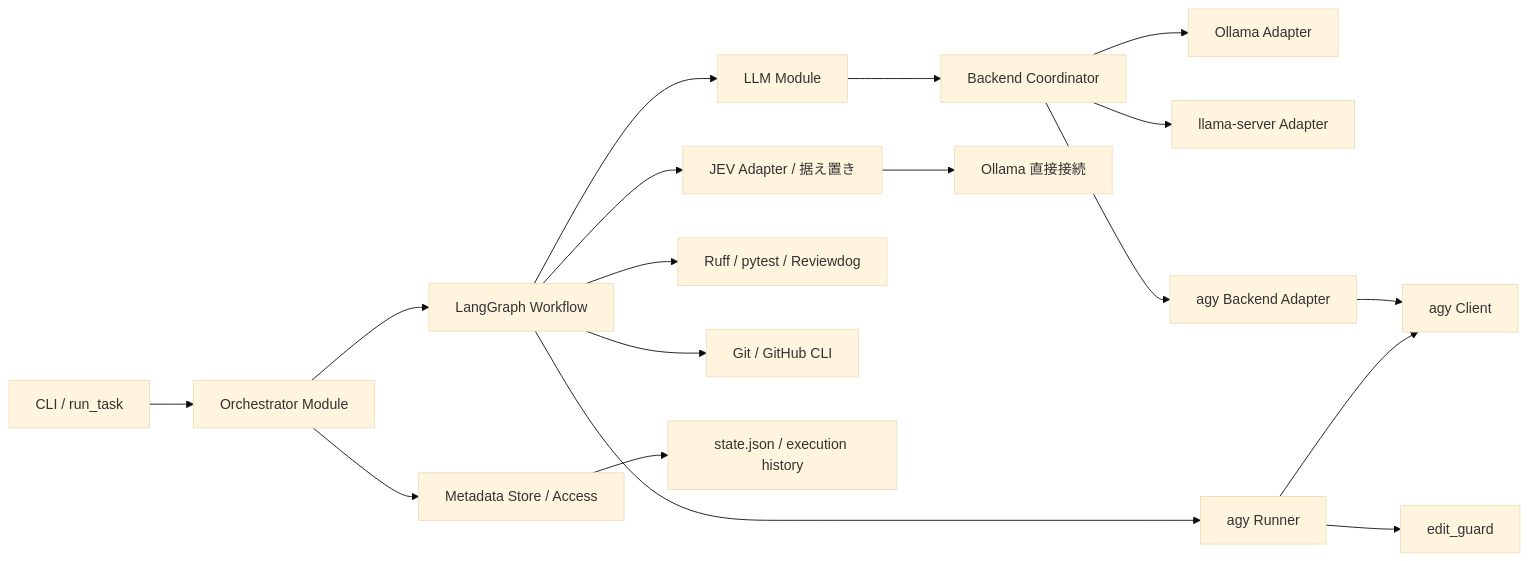
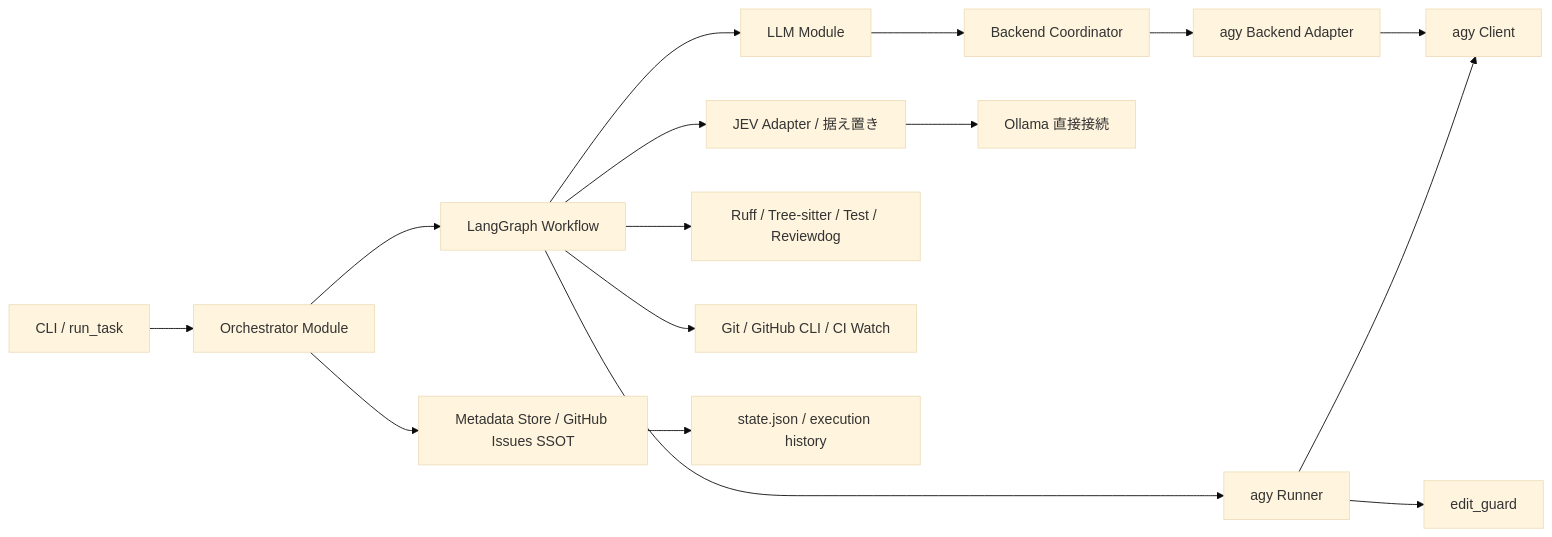
The first of 3 diagrams in docs/design/SBOS-DD-003_詳細設計書.md (xzyozi/second-brain-graph), drawn with Mermaid (base theme) before and after one commit. The commit also changed other lines of this file and 10 other files, not shown here.

Commit message:
docs: 現行実装（GitHub Issues SSOT・CI監視・多言語検証・agy専業化）へ設計書群を一括整合 (#213)

````diff
--- a/docs/design/SBOS-DD-003_詳細設計書.md
+++ b/docs/design/SBOS-DD-003_詳細設計書.md
@@ -35,20 +35,18 @@
 ```mermaid
 flowchart LR
     CLI[CLI / run_task] --> ORCH[Orchestrator Module]
-    ORCH --> META[Metadata Store / Access]
+    ORCH --> META[Metadata Store / GitHub Issues SSOT]
     ORCH --> GRAPH[LangGraph Workflow]
     GRAPH --> LLM[LLM Module]
     LLM --> COORD[Backend Coordinator]
-    COORD --> OLLAMA[Ollama Adapter]
-    COORD --> LLAMA[llama-server Adapter]
     COORD --> AGYB[agy Backend Adapter]
     GRAPH --> EDIT[agy Runner]
     EDIT --> GUARD[edit_guard]
     AGYB --> AGYC[agy Client]
     EDIT --> AGYC[agy Client]
     GRAPH --> JEV[JEV Adapter / 据え置き]
     JEV --> OLLAMAJ[Ollama 直接接続]
-    GRAPH --> QUALITY[Ruff / pytest / Reviewdog]
-    GRAPH --> GIT[Git / GitHub CLI]
+    GRAPH --> QUALITY[Ruff / Tree-sitter / Test / Reviewdog]
+    GRAPH --> GIT[Git / GitHub CLI / CI Watch]
     META --> STATE[state.json / execution history]
 ```
````
